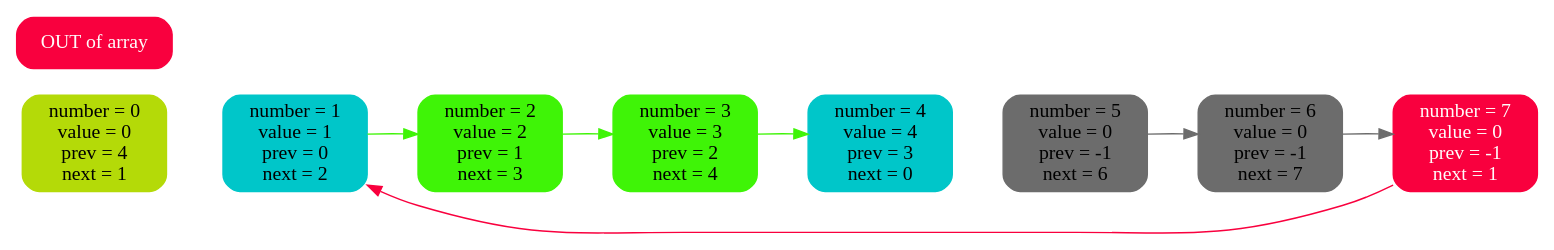
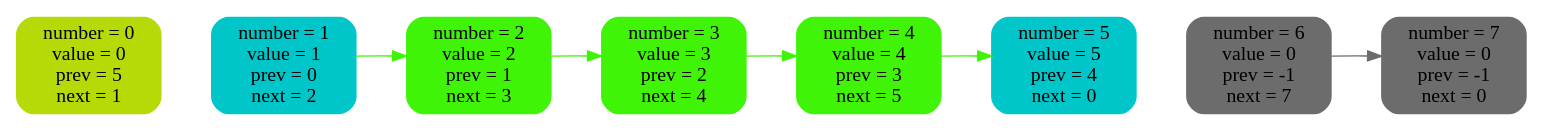
One commit to 2210223t-lang/2-linked-list changed the diagram in list_log/img/6.dot. Above: the diagram before and after it, drawn with Graphviz. The commit also changed 15 other files, not shown here.

```diff
--- a/list_log/img/6.dot
+++ b/list_log/img/6.dot
@@ -1,25 +1,23 @@
 digraph {
 rankdir = LR
-n0 [ label = "number = 0\nvalue = 0\nprev = 4\nnext = 1", shape = Mrecord, fontsize = 14,style = filled, color = "#b4da08" ]
+n0 [ label = "number = 0\nvalue = 0\nprev = 5\nnext = 1", shape = Mrecord, fontsize = 14,style = filled, color = "#b4da08" ]
 n1 [ label = "number = 1\nvalue = 1\nprev = 0\nnext = 2", shape = Mrecord, fontsize = 14,style = filled, color = "#00c6c9" ]
 n2 [ label = "number = 2\nvalue = 2\nprev = 1\nnext = 3", shape = Mrecord, fontsize = 14,style = filled, color = "#3ff407" ]
 n3 [ label = "number = 3\nvalue = 3\nprev = 2\nnext = 4", shape = Mrecord, fontsize = 14,style = filled, color = "#3ff407" ]
-n4 [ label = "number = 4\nvalue = 4\nprev = 3\nnext = 0", shape = Mrecord, fontsize = 14,style = filled, color = "#00c6c9" ]
-n5 [ label = "number = 5\nvalue = 0\nprev = -1\nnext = 6", shape = Mrecord, fontsize = 14,style = filled, color = "#6c6c6c" ]
+n4 [ label = "number = 4\nvalue = 4\nprev = 3\nnext = 5", shape = Mrecord, fontsize = 14,style = filled, color = "#3ff407" ]
+n5 [ label = "number = 5\nvalue = 5\nprev = 4\nnext = 0", shape = Mrecord, fontsize = 14,style = filled, color = "#00c6c9" ]
 n6 [ label = "number = 6\nvalue = 0\nprev = -1\nnext = 7", shape = Mrecord, fontsize = 14,style = filled, color = "#6c6c6c" ]
-n7 [ label = "number = 7\nvalue = 0\nprev = -1\nnext = 1", shape = Mrecord, fontsize = 14,style = filled, color = "#f9003e", fontcolor = "#fffbfb" ]
-out [ label = "OUT of array", shape = Mrecord, fontsize = 14, style = filled, color = "#f9003e", fontcolor = "#fffbfb" ]
- n0 -> n1 [ style = invis, weight = 10000 ]
+n7 [ label = "number = 7\nvalue = 0\nprev = -1\nnext = 0", shape = Mrecord, fontsize = 14,style = filled, color = "#6c6c6c" ]
+n0 -> n1 [ style = invis, weight = 10000 ]
 n1 -> n2 [ style = invis, weight = 10000 ]
 n2 -> n3 [ style = invis, weight = 10000 ]
 n3 -> n4 [ style = invis, weight = 10000 ]
 n4 -> n5 [ style = invis, weight = 10000 ]
 n5 -> n6 [ style = invis, weight = 10000 ]
 n6 -> n7 [ style = invis, weight = 10000 ]
 n1 -> n2 [ color = "#3ff407" ]
 n2 -> n3 [ color = "#3ff407" ]
 n3 -> n4 [ color = "#3ff407" ]
-n5 -> n6 [ color = "#6c6c6c" ]
+n4 -> n5 [ color = "#3ff407" ]
 n6 -> n7 [ color = "#6c6c6c" ]
-n7 -> n1 [ style = filled, color = "#f9003e", fontcolor = "#fffbfb" ]
 }
```
